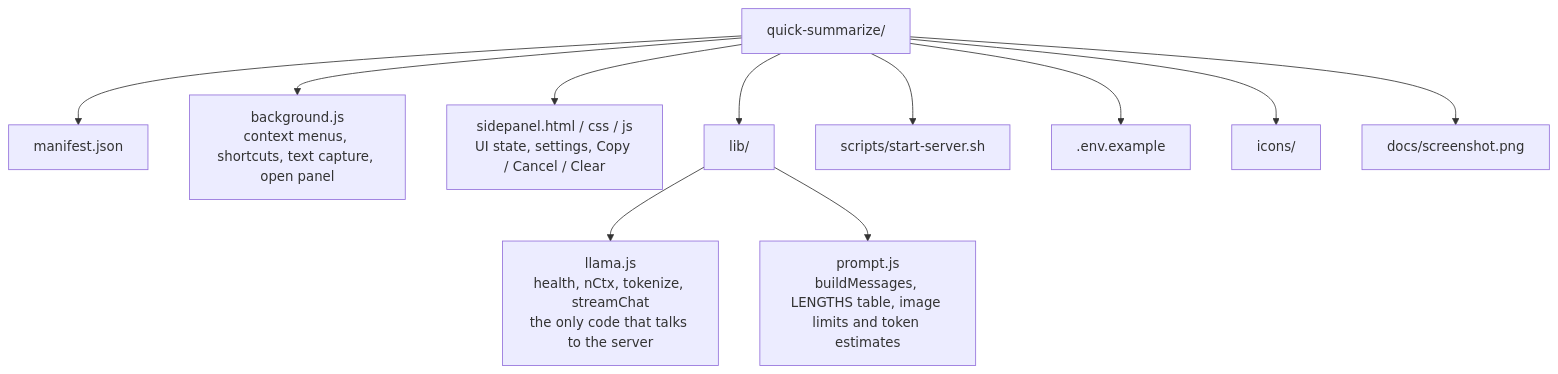
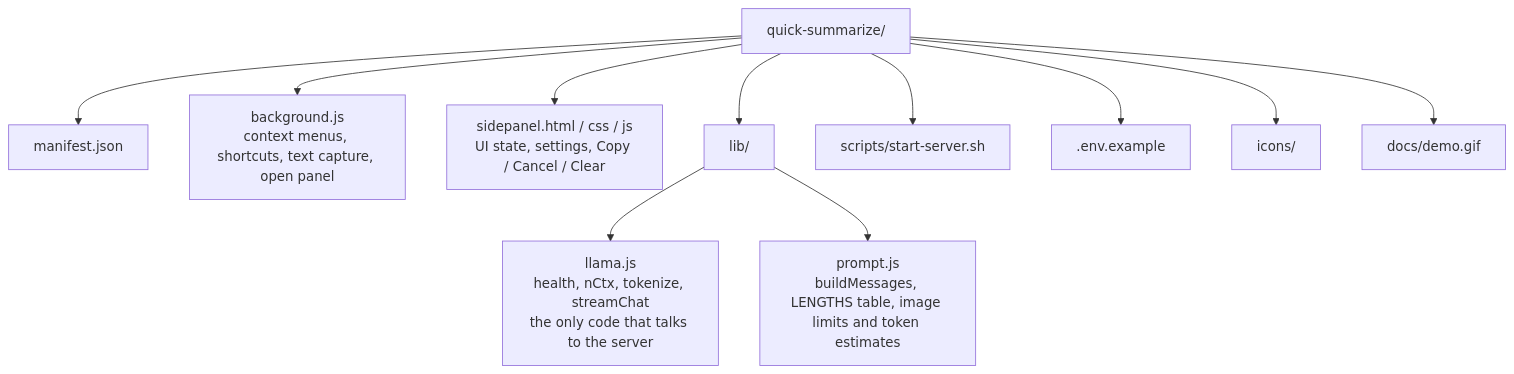
Before and after one commit to SeanLangre/quick-summarize: the second of 3 diagrams in README.md, drawn with Mermaid. The commit also changed other lines of this file and 2 other files, not shown here.

Commit message:
Replace screenshot with demo GIF in README and update references

````diff
--- a/README.md
+++ b/README.md
@@ -85,14 +85,14 @@
 ```mermaid
 flowchart TD
     root["quick-summarize/"]
     root --> manifest["manifest.json"]
     root --> bg["background.js<br/>context menus, shortcuts, text capture, open panel"]
     root --> sp["sidepanel.html / css / js<br/>UI state, settings, Copy / Cancel / Clear"]
     root --> lib["lib/"]
     lib --> llama["llama.js<br/>health, nCtx, tokenize, streamChat<br/>the only code that talks to the server"]
     lib --> prompt["prompt.js<br/>buildMessages, LENGTHS table, image limits and token estimates"]
     root --> scripts["scripts/start-server.sh"]
     root --> env[".env.example"]
     root --> icons["icons/"]
-    root --> docs["docs/screenshot.png"]
+    root --> docs["docs/demo.gif"]
 ```
````
